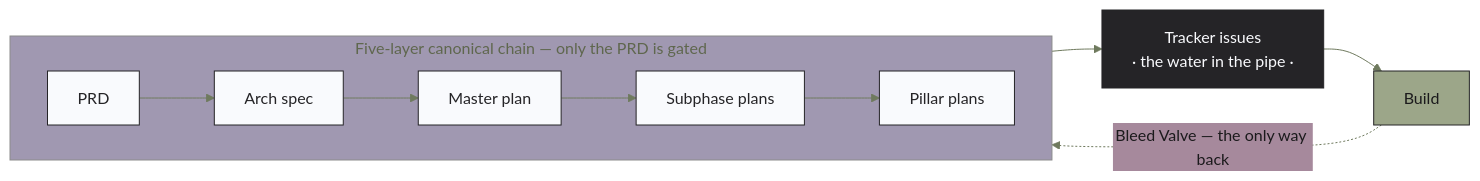
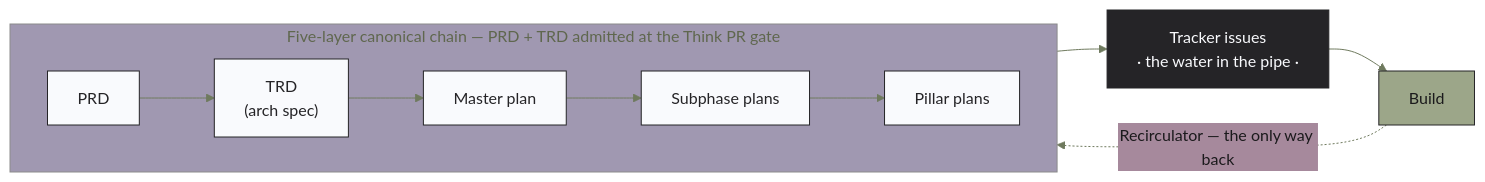
One commit to llamallamaredpajama/idc-workflow changed the first of 2 diagrams in README.md. Above: the diagram before and after it, drawn with Mermaid. The commit also changed other lines of this file and 9 other files, not shown here.

````diff
--- a/README.md
+++ b/README.md
@@ -165,15 +171,15 @@
 ```mermaid
 %%{init: {'theme':'base','themeVariables':{'primaryColor':'#9CA689','primaryTextColor':'#1b1a1c','primaryBorderColor':'#252427','lineColor':'#6f7a5e','fontFamily':'Trebuchet MS, Verdana, sans-serif'}}}%%
 flowchart LR
-    subgraph chain["Five-layer canonical chain — only the PRD is gated"]
+    subgraph chain["Five-layer canonical chain — PRD + TRD admitted at the Think PR gate"]
         direction LR
-        PRD["PRD"]:::doc --> SPEC["Arch spec"]:::doc --> MP["Master plan"]:::doc --> SUB["Subphase plans"]:::doc --> PIL["Pillar plans"]:::doc
+        PRD["PRD"]:::doc --> SPEC["TRD<br/>(arch spec)"]:::doc --> MP["Master plan"]:::doc --> SUB["Subphase plans"]:::doc --> PIL["Pillar plans"]:::doc
     end
     PIL --> ISS["Tracker issues<br/>· the water in the pipe ·"]:::wall
     ISS --> BUILD["Build"]:::stage
-    BUILD -.->|"Bleed Valve — the only way back"| PRD
+    BUILD -.->|"Recirculator — the only way back"| PRD
 
     classDef doc fill:#F9FAFD,stroke:#252427,color:#252427;
     classDef stage fill:#9CA689,stroke:#252427,color:#1b1a1c;
     classDef wall fill:#252427,stroke:#252427,color:#F9FAFD;
 ```
````
